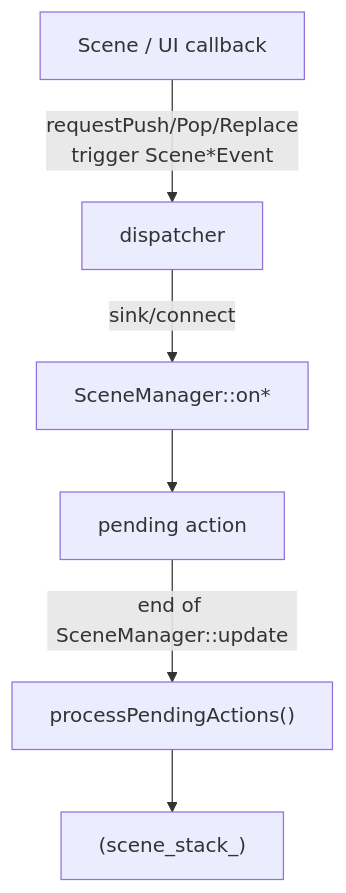
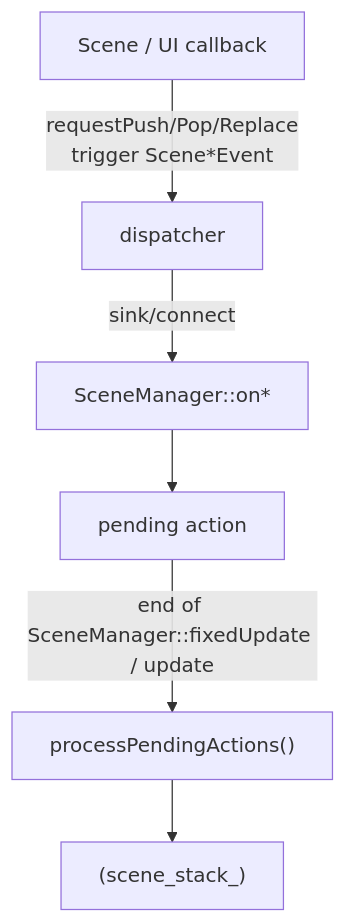
Before and after one commit to WispSnow/TinyFarmRPG: the diagram in docs/scenes.md, drawn with Mermaid. The commit also changed other lines of this file and 9 other files, not shown here.

````diff
--- a/docs/scenes.md
+++ b/docs/scenes.md
@@ -86,8 +88,8 @@
 ```mermaid
 flowchart TD
   S["Scene / UI callback"] -->|requestPush/Pop/Replace<br/>trigger Scene*Event| D["dispatcher"]
   D -->|sink/connect| SM["SceneManager::on*"]
   SM --> P["pending action"]
-  P -->|end of SceneManager::update| A["processPendingActions()"]
+  P -->|end of SceneManager::fixedUpdate / update| A["processPendingActions()"]
   A --> Stack["(scene_stack_)"]
 ```
````
